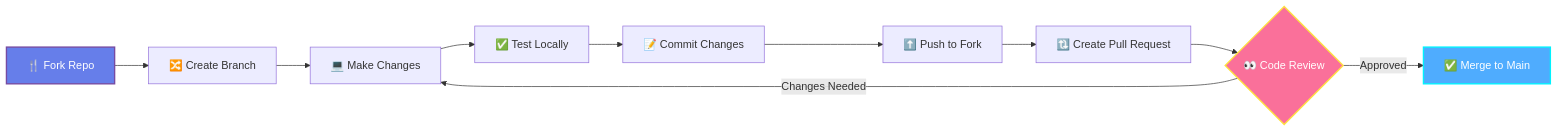
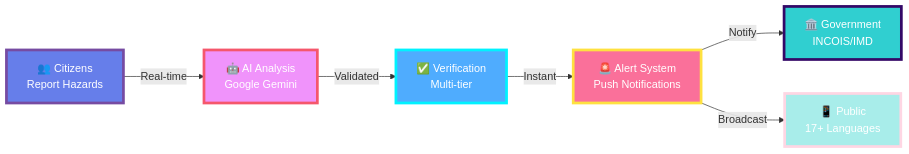
Before and after one commit to Ganeshpriyan1011/SIH_2025_Problem_25039: the fourth of 5 diagrams in README.md, drawn with Mermaid. The commit also changed other lines of this file, not shown here.

````diff
--- a/README.md
+++ b/README.md
@@ -299,16 +442,15 @@
 ```mermaid
 graph LR
-    A[🍴 Fork Repo] --> B[🔀 Create Branch]
-    B --> C[💻 Make Changes]
-    C --> D[✅ Test Locally]
-    D --> E[📝 Commit Changes]
-    E --> F[⬆️ Push to Fork]
-    F --> G[🔃 Create Pull Request]
-    G --> H{👀 Code Review}
-    H -->|Approved| I[✅ Merge to Main]
-    H -->|Changes Needed| C
+    A[👥 Citizens<br/>Report Hazards] -->|Real-time| B[🤖 AI Analysis<br/>Google Gemini]
+    B -->|Validated| C[✅ Verification<br/>Multi-tier]
+    C -->|Instant| D[🚨 Alert System<br/>Push Notifications]
+    D -->|Notify| E[🏛️ Government<br/>INCOIS/IMD]
+    D -->|Broadcast| F[📱 Public<br/>17+ Languages]
     
-    style A fill:#667eea,stroke:#764ba2,stroke-width:2px,color:#fff
-    style I fill:#4facfe,stroke:#00f2fe,stroke-width:2px,color:#fff
-    style H fill:#fa709a,stroke:#fee140,stroke-width:2px,color:#fff
+    style A fill:#667eea,stroke:#764ba2,stroke-width:4px,color:#fff
+    style B fill:#f093fb,stroke:#f5576c,stroke-width:4px,color:#fff
+    style C fill:#4facfe,stroke:#00f2fe,stroke-width:4px,color:#fff
+    style D fill:#fa709a,stroke:#fee140,stroke-width:4px,color:#fff
+    style E fill:#30cfd0,stroke:#330867,stroke-width:4px,color:#fff
+    style F fill:#a8edea,stroke:#fed6e3,stroke-width:4px,color:#fff
 ```
````
